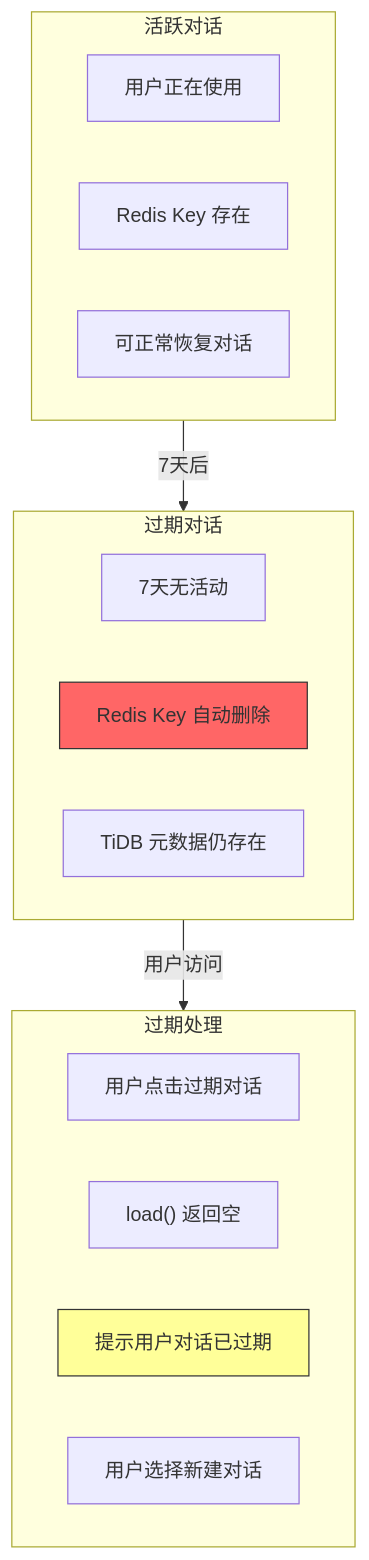
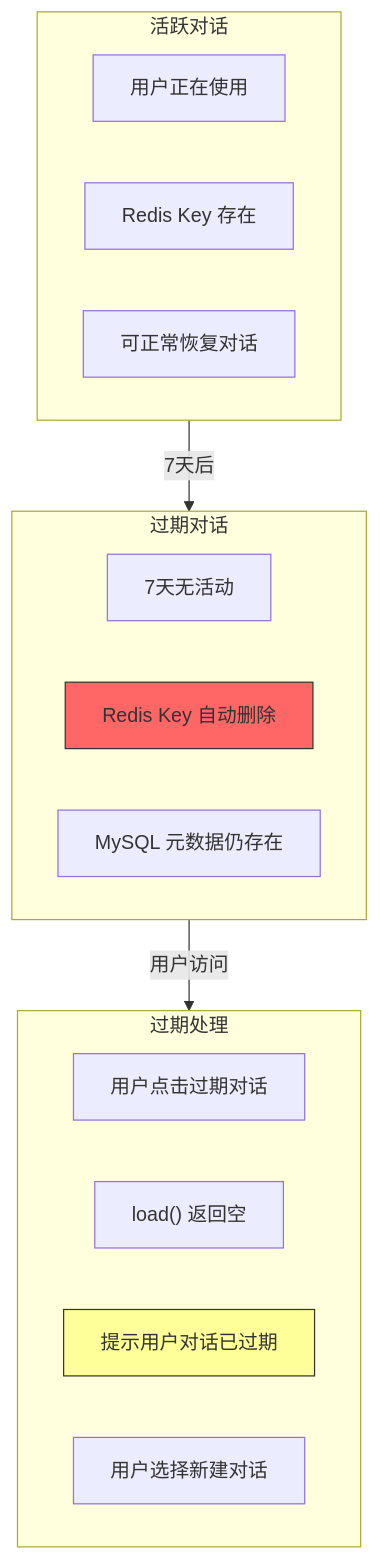
One commit to xiaocaipi/mm-doc changed diagram 15 of 27 in agent/agent_project_design_1.md. Above: the diagram before and after it, drawn with Mermaid. The commit also changed other lines of this file and 1 other file, not shown here.

````diff
--- a/agent/agent_project_design_1.md
+++ b/agent/agent_project_design_1.md
@@ -735,27 +767,27 @@
 ```mermaid
 flowchart TD
     subgraph ACTIVE["活跃对话"]
         A1["用户正在使用"]
         A2["Redis Key 存在"]
         A3["可正常恢复对话"]
     end
     
     subgraph EXPIRED["过期对话"]
         E1["7天无活动"]
         E2["Redis Key 自动删除"]
-        E3["TiDB 元数据仍存在"]
+        E3["MySQL 元数据仍存在"]
     end
     
     subgraph HANDLE["过期处理"]
         H1["用户点击过期对话"]
         H2["load() 返回空"]
         H3["提示用户对话已过期"]
         H4["用户选择新建对话"]
     end
     
     ACTIVE -->|"7天后"| EXPIRED
     EXPIRED -->|"用户访问"| HANDLE
     
     style E2 fill:#f66,stroke:#333
     style H3 fill:#ff9,stroke:#333
 ```
````
